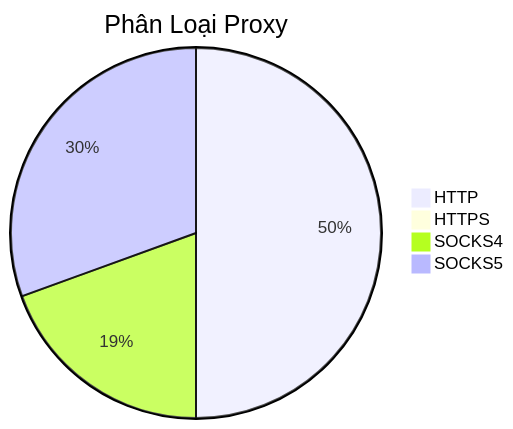
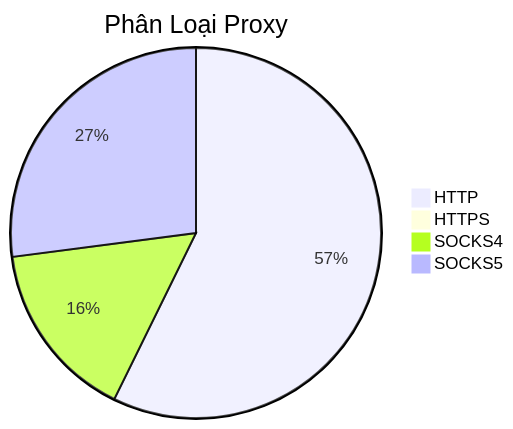
One commit to Ciara-Aa/PROXY-free changed the diagram in README.md. Above: the diagram before and after it, drawn with Mermaid. The commit also changed other lines of this file and 4 other files, not shown here.

````diff
--- a/README.md
+++ b/README.md
@@ -26,7 +26,7 @@
 ```mermaid
 pie title Phân Loại Proxy
-    "HTTP" : 329
-    "HTTPS" : 5
-    "SOCKS4" : 128
-    "SOCKS5" : 201
+    "HTTP" : 563
+    "HTTPS" : 9
+    "SOCKS4" : 154
+    "SOCKS5" : 266
 ```
````
